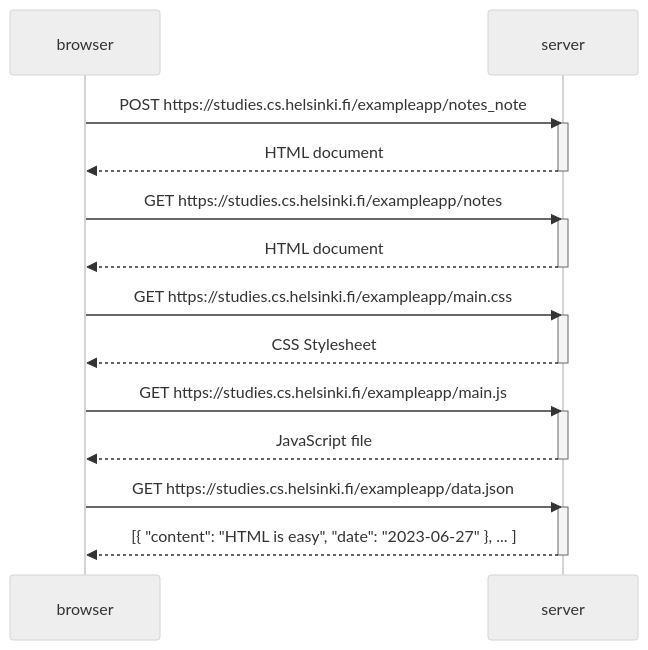
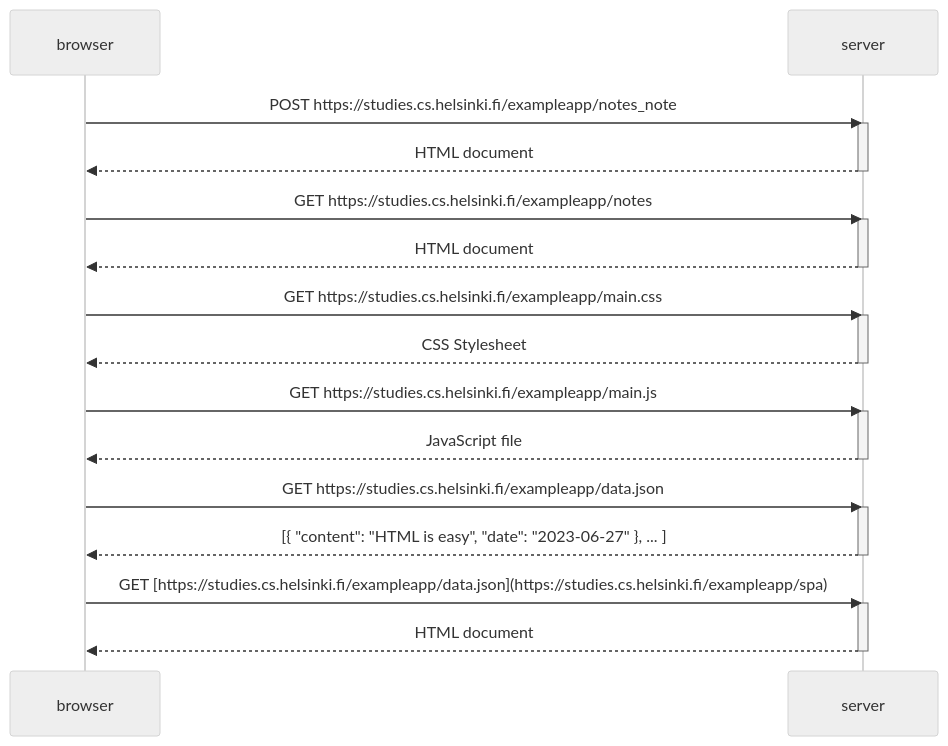
The diagram in part0/singleAppDiagram.md (DJGofficial/WebFullstackJS), drawn with Mermaid (neutral theme) before and after one commit.

````diff
--- a/part0/singleAppDiagram.md
+++ b/part0/singleAppDiagram.md
@@ -1,30 +1,35 @@
 ```mermaid
 sequenceDiagram 
 participant browser 
 participant server
 
 browser->>server: POST https://studies.cs.helsinki.fi/exampleapp/notes_note
 activate server
 server-->>browser: HTML document
 deactivate server
 
 browser->>server: GET https://studies.cs.helsinki.fi/exampleapp/notes
 activate server
 server-->>browser: HTML document
 deactivate server
 
 browser->>server: GET https://studies.cs.helsinki.fi/exampleapp/main.css
 activate server
 server-->>browser: CSS Stylesheet
 deactivate server
 
 browser->>server: GET https://studies.cs.helsinki.fi/exampleapp/main.js
 activate server
 server-->>browser: JavaScript file
 deactivate server
 
 browser->>server: GET https://studies.cs.helsinki.fi/exampleapp/data.json
 activate server
 server-->>browser: [{ "content": "HTML is easy", "date": "2023-06-27" }, ... ]
 deactivate server
+
+browser->>server: GET [https://studies.cs.helsinki.fi/exampleapp/data.json](https://studies.cs.helsinki.fi/exampleapp/spa)
+activate server
+server-->>browser: HTML document
+deactivate server
 ```
````
